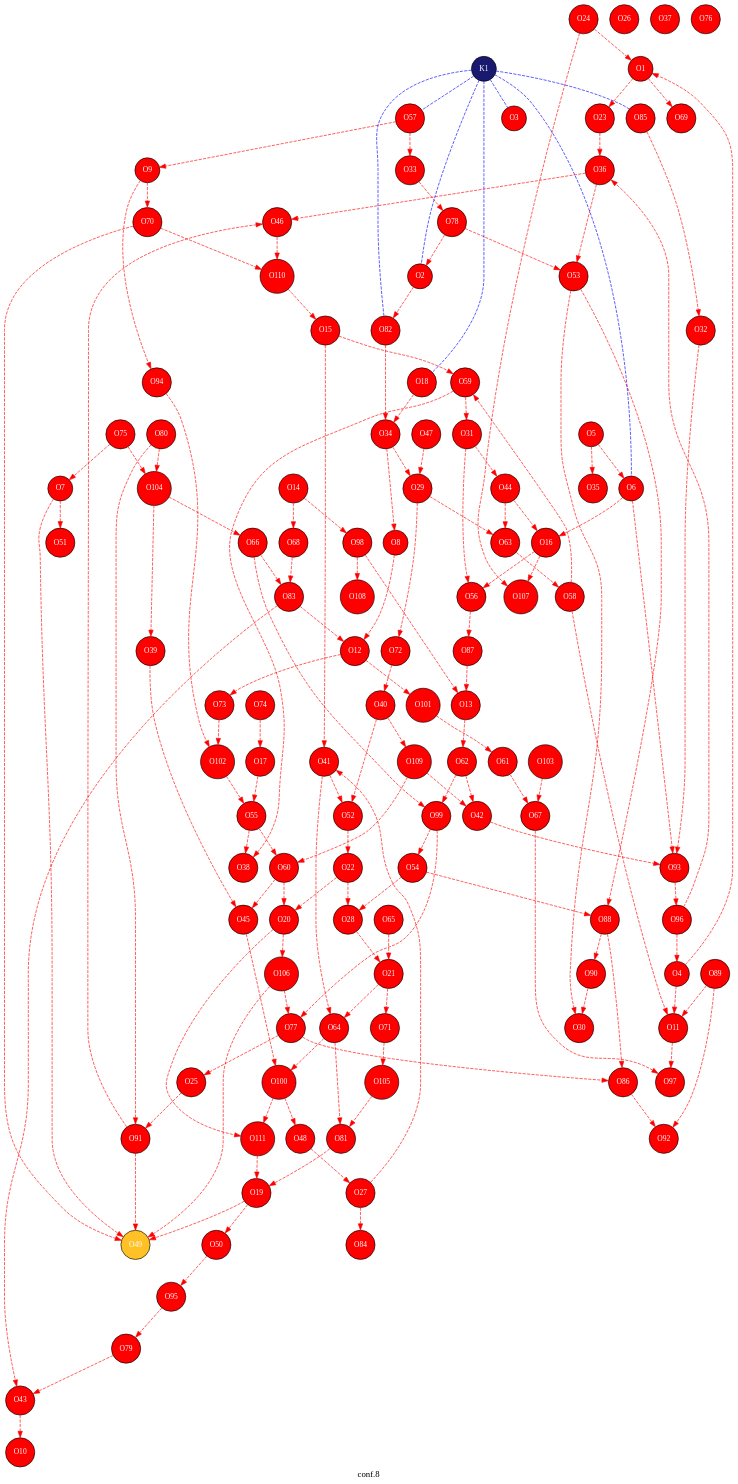
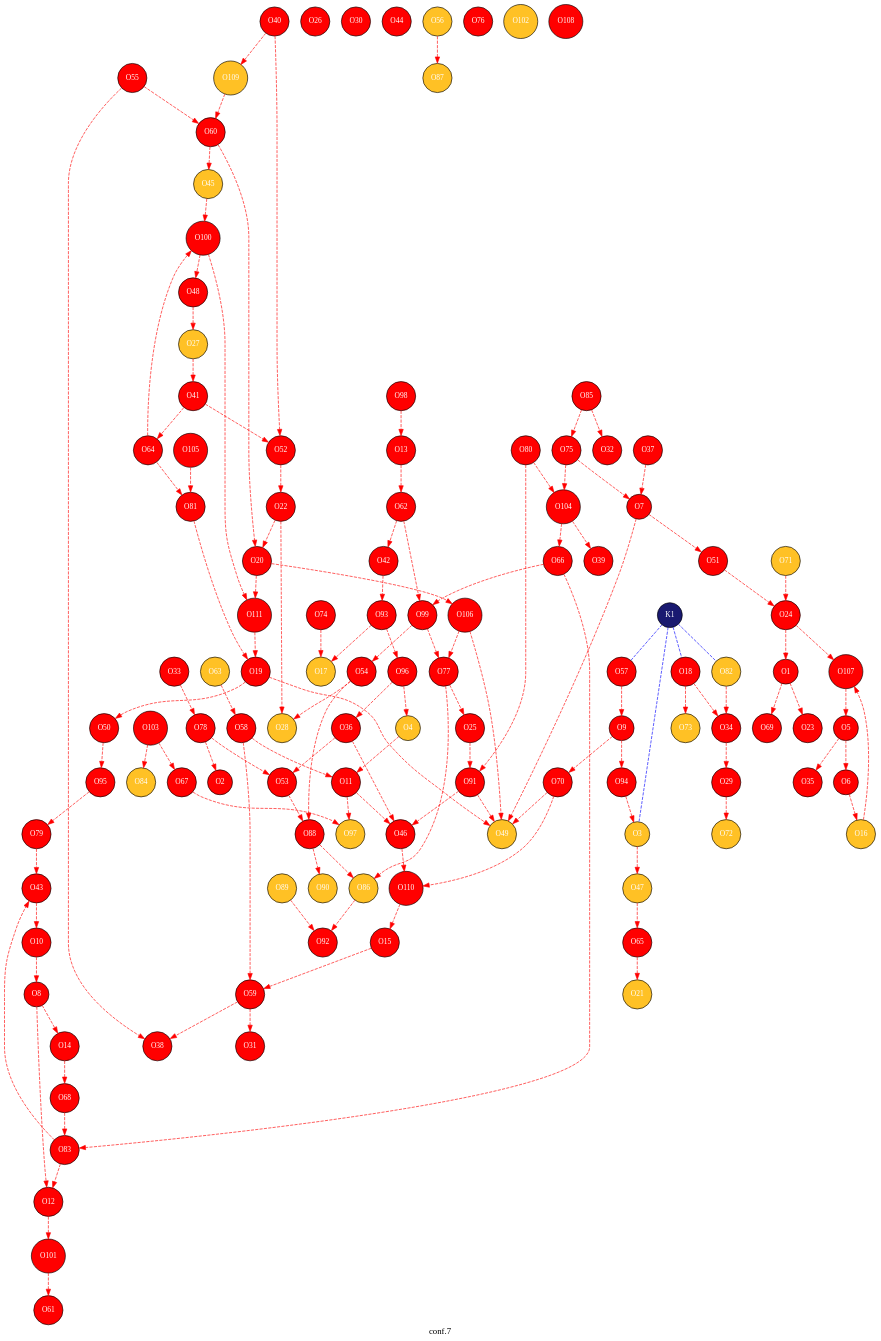
Before and after one commit to JelleLagerweij/short_test: the diagram in 4-GATeWAY/copy_2/traj/traj_conf.gv, drawn with Graphviz. The commit also changed 222 other files, not shown here.

```diff
--- a/4-GATeWAY/copy_2/traj/traj_conf.gv
+++ b/4-GATeWAY/copy_2/traj/traj_conf.gv
@@ -1,12 +1,12 @@
 digraph G {
-label="conf.8 ";
+label="conf.7 ";
 node [style=filled];
 graph [bgcolor=transparent];
 node [shape = circle, fontsize=12];
 "O1"[fillcolor=red, fontcolor=white, fontname="Times", label="O1"];
 "O2"[fillcolor=red, fontcolor=white, fontname="Times", label="O2"];
-"O3"[fillcolor=red, fontcolor=white, fontname="Times", label="O3"];
-"O4"[fillcolor=red, fontcolor=white, fontname="Times", label="O4"];
+"O3"[fillcolor=goldenrod1, fontcolor=white, fontname="Times", label="O3"];
+"O4"[fillcolor=goldenrod1, fontcolor=white, fontname="Times", label="O4"];
 "O5"[fillcolor=red, fontcolor=white, fontname="Times", label="O5"];
 "O6"[fillcolor=red, fontcolor=white, fontname="Times", label="O6"];
 "O7"[fillcolor=red, fontcolor=white, fontname="Times", label="O7"];
@@ -18,19 +18,19 @@
 "O13"[fillcolor=red, fontcolor=white, fontname="Times", label="O13"];
 "O14"[fillcolor=red, fontcolor=white, fontname="Times", label="O14"];
 "O15"[fillcolor=red, fontcolor=white, fontname="Times", label="O15"];
-"O16"[fillcolor=red, fontcolor=white, fontname="Times", label="O16"];
-"O17"[fillcolor=red, fontcolor=white, fontname="Times", label="O17"];
+"O16"[fillcolor=goldenrod1, fontcolor=white, fontname="Times", label="O16"];
+"O17"[fillcolor=goldenrod1, fontcolor=white, fontname="Times", label="O17"];
 "O18"[fillcolor=red, fontcolor=white, fontname="Times", label="O18"];
 "O19"[fillcolor=red, fontcolor=white, fontname="Times", label="O19"];
 "O20"[fillcolor=red, fontcolor=white, fontname="Times", label="O20"];
-"O21"[fillcolor=red, fontcolor=white, fontname="Times", label="O21"];
+"O21"[fillcolor=goldenrod1, fontcolor=white, fontname="Times", label="O21"];
 "O22"[fillcolor=red, fontcolor=white, fontname="Times", label="O22"];
 "O23"[fillcolor=red, fontcolor=white, fontname="Times", label="O23"];
 "O24"[fillcolor=red, fontcolor=white, fontname="Times", label="O24"];
 "O25"[fillcolor=red, fontcolor=white, fontname="Times", label="O25"];
 "O26"[fillcolor=red, fontcolor=white, fontname="Times", label="O26"];
-"O27"[fillcolor=red, fontcolor=white, fontname="Times", label="O27"];
-"O28"[fillcolor=red, fontcolor=white, fontname="Times", label="O28"];
+"O27"[fillcolor=goldenrod1, fontcolor=white, fontname="Times", label="O27"];
+"O28"[fillcolor=goldenrod1, fontcolor=white, fontname="Times", label="O28"];
 "O29"[fillcolor=red, fontcolor=white, fontname="Times", label="O29"];
 "O30"[fillcolor=red, fontcolor=white, fontname="Times", label="O30"];
 "O31"[fillcolor=red, fontcolor=white, fontname="Times", label="O31"];
@@ -47,9 +47,9 @@
 "O42"[fillcolor=red, fontcolor=white, fontname="Times", label="O42"];
 "O43"[fillcolor=red, fontcolor=white, fontname="Times", label="O43"];
 "O44"[fillcolor=red, fontcolor=white, fontname="Times", label="O44"];
-"O45"[fillcolor=red, fontcolor=white, fontname="Times", label="O45"];
+"O45"[fillcolor=goldenrod1, fontcolor=white, fontname="Times", label="O45"];
 "O46"[fillcolor=red, fontcolor=white, fontname="Times", label="O46"];
-"O47"[fillcolor=red, fontcolor=white, fontname="Times", label="O47"];
+"O47"[fillcolor=goldenrod1, fontcolor=white, fontname="Times", label="O47"];
 "O48"[fillcolor=red, fontcolor=white, fontname="Times", label="O48"];
 "O49"[fillcolor=goldenrod1, fontcolor=white, fontname="Times", label="O49"];
 "O50"[fillcolor=red, fontcolor=white, fontname="Times", label="O50"];
@@ -58,14 +58,14 @@
 "O53"[fillcolor=red, fontcolor=white, fontname="Times", label="O53"];
 "O54"[fillcolor=red, fontcolor=white, fontname="Times", label="O54"];
 "O55"[fillcolor=red, fontcolor=white, fontname="Times", label="O55"];
-"O56"[fillcolor=red, fontcolor=white, fontname="Times", label="O56"];
+"O56"[fillcolor=goldenrod1, fontcolor=white, fontname="Times", label="O56"];
 "O57"[fillcolor=red, fontcolor=white, fontname="Times", label="O57"];
 "O58"[fillcolor=red, fontcolor=white, fontname="Times", label="O58"];
 "O59"[fillcolor=red, fontcolor=white, fontname="Times", label="O59"];
 "O60"[fillcolor=red, fontcolor=white, fontname="Times", label="O60"];
 "O61"[fillcolor=red, fontcolor=white, fontname="Times", label="O61"];
 "O62"[fillcolor=red, fontcolor=white, fontname="Times", label="O62"];
-"O63"[fillcolor=red, fontcolor=white, fontname="Times", label="O63"];
+"O63"[fillcolor=goldenrod1, fontcolor=white, fontname="Times", label="O63"];
 "O64"[fillcolor=red, fontcolor=white, fontname="Times", label="O64"];
 "O65"[fillcolor=red, fontcolor=white, fontname="Times", label="O65"];
 "O66"[fillcolor=red, fontcolor=white, fontname="Times", label="O66"];
@@ -73,9 +73,9 @@
 "O68"[fillcolor=red, fontcolor=white, fontname="Times", label="O68"];
 "O69"[fillcolor=red, fontcolor=white, fontname="Times", label="O69"];
 "O70"[fillcolor=red, fontcolor=white, fontname="Times", label="O70"];
-"O71"[fillcolor=red, fontcolor=white, fontname="Times", label="O71"];
-"O72"[fillcolor=red, fontcolor=white, fontname="Times", label="O72"];
-"O73"[fillcolor=red, fontcolor=white, fontname="Times", label="O73"];
+"O71"[fillcolor=goldenrod1, fontcolor=white, fontname="Times", label="O71"];
+"O72"[fillcolor=goldenrod1, fontcolor=white, fontname="Times", label="O72"];
+"O73"[fillcolor=goldenrod1, fontcolor=white, fontname="Times", label="O73"];
 "O74"[fillcolor=red, fontcolor=white, fontname="Times", label="O74"];
 "O75"[fillcolor=red, fontcolor=white, fontname="Times", label="O75"];
 "O76"[fillcolor=red, fontcolor=white, fontname="Times", label="O76"];
@@ -84,78 +84,75 @@
 "O79"[fillcolor=red, fontcolor=white, fontname="Times", label="O79"];
 "O80"[fillcolor=red, fontcolor=white, fontname="Times", label="O80"];
 "O81"[fillcolor=red, fontcolor=white, fontname="Times", label="O81"];
-"O82"[fillcolor=red, fontcolor=white, fontname="Times", label="O82"];
+"O82"[fillcolor=goldenrod1, fontcolor=white, fontname="Times", label="O82"];
 "O83"[fillcolor=red, fontcolor=white, fontname="Times", label="O83"];
-"O84"[fillcolor=red, fontcolor=white, fontname="Times", label="O84"];
+"O84"[fillcolor=goldenrod1, fontcolor=white, fontname="Times", label="O84"];
 "O85"[fillcolor=red, fontcolor=white, fontname="Times", label="O85"];
-"O86"[fillcolor=red, fontcolor=white, fontname="Times", label="O86"];
-"O87"[fillcolor=red, fontcolor=white, fontname="Times", label="O87"];
+"O86"[fillcolor=goldenrod1, fontcolor=white, fontname="Times", label="O86"];
+"O87"[fillcolor=goldenrod1, fontcolor=white, fontname="Times", label="O87"];
 "O88"[fillcolor=red, fontcolor=white, fontname="Times", label="O88"];
-"O89"[fillcolor=red, fontcolor=white, fontname="Times", label="O89"];
-"O90"[fillcolor=red, fontcolor=white, fontname="Times", label="O90"];
+"O89"[fillcolor=goldenrod1, fontcolor=white, fontname="Times", label="O89"];
+"O90"[fillcolor=goldenrod1, fontcolor=white, fontname="Times", label="O90"];
 "O91"[fillcolor=red, fontcolor=white, fontname="Times", label="O91"];
 "O92"[fillcolor=red, fontcolor=white, fontname="Times", label="O92"];
 "O93"[fillcolor=red, fontcolor=white, fontname="Times", label="O93"];
 "O94"[fillcolor=red, fontcolor=white, fontname="Times", label="O94"];
 "O95"[fillcolor=red, fontcolor=white, fontname="Times", label="O95"];
 "O96"[fillcolor=red, fontcolor=white, fontname="Times", label="O96"];
-"O97"[fillcolor=red, fontcolor=white, fontname="Times", label="O97"];
+"O97"[fillcolor=goldenrod1, fontcolor=white, fontname="Times", label="O97"];
 "O98"[fillcolor=red, fontcolor=white, fontname="Times", label="O98"];
 "O99"[fillcolor=red, fontcolor=white, fontname="Times", label="O99"];
 "O100"[fillcolor=red, fontcolor=white, fontname="Times", label="O100"];
 "O101"[fillcolor=red, fontcolor=white, fontname="Times", label="O101"];
-"O102"[fillcolor=red, fontcolor=white, fontname="Times", label="O102"];
+"O102"[fillcolor=goldenrod1, fontcolor=white, fontname="Times", label="O102"];
 "O103"[fillcolor=red, fontcolor=white, fontname="Times", label="O103"];
 "O104"[fillcolor=red, fontcolor=white, fontname="Times", label="O104"];
 "O105"[fillcolor=red, fontcolor=white, fontname="Times", label="O105"];
 "O106"[fillcolor=red, fontcolor=white, fontname="Times", label="O106"];
 "O107"[fillcolor=red, fontcolor=white, fontname="Times", label="O107"];
 "O108"[fillcolor=red, fontcolor=white, fontname="Times", label="O108"];
-"O109"[fillcolor=red, fontcolor=white, fontname="Times", label="O109"];
+"O109"[fillcolor=goldenrod1, fontcolor=white, fontname="Times", label="O109"];
 "O110"[fillcolor=red, fontcolor=white, fontname="Times", label="O110"];
 "O111"[fillcolor=red, fontcolor=white, fontname="Times", label="O111"];
 "K1"[fillcolor=midnightblue, fontcolor=white, fontname="Times", label="K1"];
-"O4"->"O1"[fontcolor=red, color=red , style=dashed];
 "O1"->"O23"[fontcolor=red, color=red , style=dashed];
 "O24"->"O1"[fontcolor=red, color=red , style=dashed];
 "O1"->"O69"[fontcolor=red, color=red , style=dashed];
 "O78"->"O2"[fontcolor=red, color=red , style=dashed];
-"O2"->"O82"[fontcolor=red, color=red , style=dashed];
+"O3"->"O47"[fontcolor=red, color=red , style=dashed];
+"O94"->"O3"[fontcolor=red, color=red , style=dashed];
 "O4"->"O11"[fontcolor=red, color=red , style=dashed];
 "O96"->"O4"[fontcolor=red, color=red , style=dashed];
 "O5"->"O6"[fontcolor=red, color=red , style=dashed];
 "O5"->"O35"[fontcolor=red, color=red , style=dashed];
+"O107"->"O5"[fontcolor=red, color=red , style=dashed];
 "O6"->"O16"[fontcolor=red, color=red , style=dashed];
-"O6"->"O93"[fontcolor=red, color=red , style=dashed];
+"O37"->"O7"[fontcolor=red, color=red , style=dashed];
 "O7"->"O49"[fontcolor=red, color=red , style=dashed];
 "O7"->"O51"[fontcolor=red, color=red , style=dashed];
 "O75"->"O7"[fontcolor=red, color=red , style=dashed];
+"O10"->"O8"[fontcolor=red, color=red , style=dashed];
 "O8"->"O12"[fontcolor=red, color=red , style=dashed];
-"O34"->"O8"[fontcolor=red, color=red , style=dashed];
+"O8"->"O14"[fontcolor=red, color=red , style=dashed];
 "O57"->"O9"[fontcolor=red, color=red , style=dashed];
 "O9"->"O70"[fontcolor=red, color=red , style=dashed];
 "O9"->"O94"[fontcolor=red, color=red , style=dashed];
 "O43"->"O10"[fontcolor=red, color=red , style=dashed];
+"O11"->"O46"[fontcolor=red, color=red , style=dashed];
 "O58"->"O11"[fontcolor=red, color=red , style=dashed];
-"O89"->"O11"[fontcolor=red, color=red , style=dashed];
 "O11"->"O97"[fontcolor=red, color=red , style=dashed];
-"O12"->"O73"[fontcolor=red, color=red , style=dashed];
 "O83"->"O12"[fontcolor=red, color=red , style=dashed];
 "O12"->"O101"[fontcolor=red, color=red , style=dashed];
 "O13"->"O62"[fontcolor=red, color=red , style=dashed];
-"O87"->"O13"[fontcolor=red, color=red , style=dashed];
 "O98"->"O13"[fontcolor=red, color=red , style=dashed];
 "O14"->"O68"[fontcolor=red, color=red , style=dashed];
-"O14"->"O98"[fontcolor=red, color=red , style=dashed];
-"O15"->"O41"[fontcolor=red, color=red , style=dashed];
 "O15"->"O59"[fontcolor=red, color=red , style=dashed];
 "O110"->"O15"[fontcolor=red, color=red , style=dashed];
-"O44"->"O16"[fontcolor=red, color=red , style=dashed];
-"O16"->"O56"[fontcolor=red, color=red , style=dashed];
 "O16"->"O107"[fontcolor=red, color=red , style=dashed];
-"O17"->"O55"[fontcolor=red, color=red , style=dashed];
 "O74"->"O17"[fontcolor=red, color=red , style=dashed];
+"O93"->"O17"[fontcolor=red, color=red , style=dashed];
 "O18"->"O34"[fontcolor=red, color=red , style=dashed];
+"O18"->"O73"[fontcolor=red, color=red , style=dashed];
 "O19"->"O49"[fontcolor=red, color=red , style=dashed];
 "O19"->"O50"[fontcolor=red, color=red , style=dashed];
 "O81"->"O19"[fontcolor=red, color=red , style=dashed];
@@ -164,32 +161,21 @@
 "O60"->"O20"[fontcolor=red, color=red , style=dashed];
 "O20"->"O106"[fontcolor=red, color=red , style=dashed];
 "O20"->"O111"[fontcolor=red, color=red , style=dashed];
-"O28"->"O21"[fontcolor=red, color=red , style=dashed];
-"O21"->"O64"[fontcolor=red, color=red , style=dashed];
 "O65"->"O21"[fontcolor=red, color=red , style=dashed];
-"O21"->"O71"[fontcolor=red, color=red , style=dashed];
 "O22"->"O28"[fontcolor=red, color=red , style=dashed];
 "O52"->"O22"[fontcolor=red, color=red , style=dashed];
-"O23"->"O36"[fontcolor=red, color=red , style=dashed];
+"O51"->"O24"[fontcolor=red, color=red , style=dashed];
+"O71"->"O24"[fontcolor=red, color=red , style=dashed];
 "O24"->"O107"[fontcolor=red, color=red , style=dashed];
 "O77"->"O25"[fontcolor=red, color=red , style=dashed];
 "O25"->"O91"[fontcolor=red, color=red , style=dashed];
 "O27"->"O41"[fontcolor=red, color=red , style=dashed];
 "O48"->"O27"[fontcolor=red, color=red , style=dashed];
-"O27"->"O84"[fontcolor=red, color=red , style=dashed];
 "O54"->"O28"[fontcolor=red, color=red , style=dashed];
 "O34"->"O29"[fontcolor=red, color=red , style=dashed];
-"O47"->"O29"[fontcolor=red, color=red , style=dashed];
-"O29"->"O63"[fontcolor=red, color=red , style=dashed];
 "O29"->"O72"[fontcolor=red, color=red , style=dashed];
-"O53"->"O30"[fontcolor=red, color=red , style=dashed];
-"O90"->"O30"[fontcolor=red, color=red , style=dashed];
-"O31"->"O44"[fontcolor=red, color=red , style=dashed];
-"O31"->"O56"[fontcolor=red, color=red , style=dashed];
 "O59"->"O31"[fontcolor=red, color=red , style=dashed];
 "O85"->"O32"[fontcolor=red, color=red , style=dashed];
-"O32"->"O93"[fontcolor=red, color=red , style=dashed];
-"O57"->"O33"[fontcolor=red, color=red , style=dashed];
 "O33"->"O78"[fontcolor=red, color=red , style=dashed];
 "O82"->"O34"[fontcolor=red, color=red , style=dashed];
 "O36"->"O46"[fontcolor=red, color=red , style=dashed];
@@ -197,23 +183,20 @@
 "O96"->"O36"[fontcolor=red, color=red , style=dashed];
 "O55"->"O38"[fontcolor=red, color=red , style=dashed];
 "O59"->"O38"[fontcolor=red, color=red , style=dashed];
-"O39"->"O45"[fontcolor=red, color=red , style=dashed];
 "O104"->"O39"[fontcolor=red, color=red , style=dashed];
 "O40"->"O52"[fontcolor=red, color=red , style=dashed];
-"O72"->"O40"[fontcolor=red, color=red , style=dashed];
 "O40"->"O109"[fontcolor=red, color=red , style=dashed];
 "O41"->"O52"[fontcolor=red, color=red , style=dashed];
 "O41"->"O64"[fontcolor=red, color=red , style=dashed];
 "O62"->"O42"[fontcolor=red, color=red , style=dashed];
 "O42"->"O93"[fontcolor=red, color=red , style=dashed];
-"O109"->"O42"[fontcolor=red, color=red , style=dashed];
 "O79"->"O43"[fontcolor=red, color=red , style=dashed];
 "O83"->"O43"[fontcolor=red, color=red , style=dashed];
-"O44"->"O63"[fontcolor=red, color=red , style=dashed];
 "O60"->"O45"[fontcolor=red, color=red , style=dashed];
 "O45"->"O100"[fontcolor=red, color=red , style=dashed];
 "O91"->"O46"[fontcolor=red, color=red , style=dashed];
 "O46"->"O110"[fontcolor=red, color=red , style=dashed];
+"O47"->"O65"[fontcolor=red, color=red , style=dashed];
 "O100"->"O48"[fontcolor=red, color=red , style=dashed];
 "O70"->"O49"[fontcolor=red, color=red , style=dashed];
 "O91"->"O49"[fontcolor=red, color=red , style=dashed];
@@ -224,12 +207,10 @@
 "O54"->"O88"[fontcolor=red, color=red , style=dashed];
 "O99"->"O54"[fontcolor=red, color=red , style=dashed];
 "O55"->"O60"[fontcolor=red, color=red , style=dashed];
-"O102"->"O55"[fontcolor=red, color=red , style=dashed];
 "O56"->"O87"[fontcolor=red, color=red , style=dashed];
 "O58"->"O59"[fontcolor=red, color=red , style=dashed];
 "O63"->"O58"[fontcolor=red, color=red , style=dashed];
 "O109"->"O60"[fontcolor=red, color=red , style=dashed];
-"O61"->"O67"[fontcolor=red, color=red , style=dashed];
 "O101"->"O61"[fontcolor=red, color=red , style=dashed];
 "O62"->"O99"[fontcolor=red, color=red , style=dashed];
 "O64"->"O81"[fontcolor=red, color=red , style=dashed];
@@ -241,8 +222,7 @@
 "O103"->"O67"[fontcolor=red, color=red , style=dashed];
 "O68"->"O83"[fontcolor=red, color=red , style=dashed];
 "O70"->"O110"[fontcolor=red, color=red , style=dashed];
-"O71"->"O105"[fontcolor=red, color=red , style=dashed];
-"O73"->"O102"[fontcolor=red, color=red , style=dashed];
+"O85"->"O75"[fontcolor=red, color=red , style=dashed];
 "O75"->"O104"[fontcolor=red, color=red , style=dashed];
 "O77"->"O86"[fontcolor=red, color=red , style=dashed];
 "O99"->"O77"[fontcolor=red, color=red , style=dashed];
@@ -251,19 +231,15 @@
 "O80"->"O91"[fontcolor=red, color=red , style=dashed];
 "O80"->"O104"[fontcolor=red, color=red , style=dashed];
 "O105"->"O81"[fontcolor=red, color=red , style=dashed];
+"O103"->"O84"[fontcolor=red, color=red , style=dashed];
 "O88"->"O86"[fontcolor=red, color=red , style=dashed];
 "O86"->"O92"[fontcolor=red, color=red , style=dashed];
 "O88"->"O90"[fontcolor=red, color=red , style=dashed];
 "O89"->"O92"[fontcolor=red, color=red , style=dashed];
 "O93"->"O96"[fontcolor=red, color=red , style=dashed];
-"O94"->"O102"[fontcolor=red, color=red , style=dashed];
-"O98"->"O108"[fontcolor=red, color=red , style=dashed];
 "O100"->"O111"[fontcolor=red, color=red , style=dashed];
-"K1"->"O2"[dir=none, color=blue, nodesep=0.5,style=dashed];
 "K1"->"O3"[dir=none, color=blue, nodesep=0.5,style=dashed];
-"K1"->"O6"[dir=none, color=blue, nodesep=0.5,style=dashed];
 "K1"->"O18"[dir=none, color=blue, nodesep=0.5,style=dashed];
 "K1"->"O57"[dir=none, color=blue, nodesep=0.5,style=dashed];
 "K1"->"O82"[dir=none, color=blue, nodesep=0.5,style=dashed];
-"K1"->"O85"[dir=none, color=blue, nodesep=0.5,style=dashed];
 }
```
